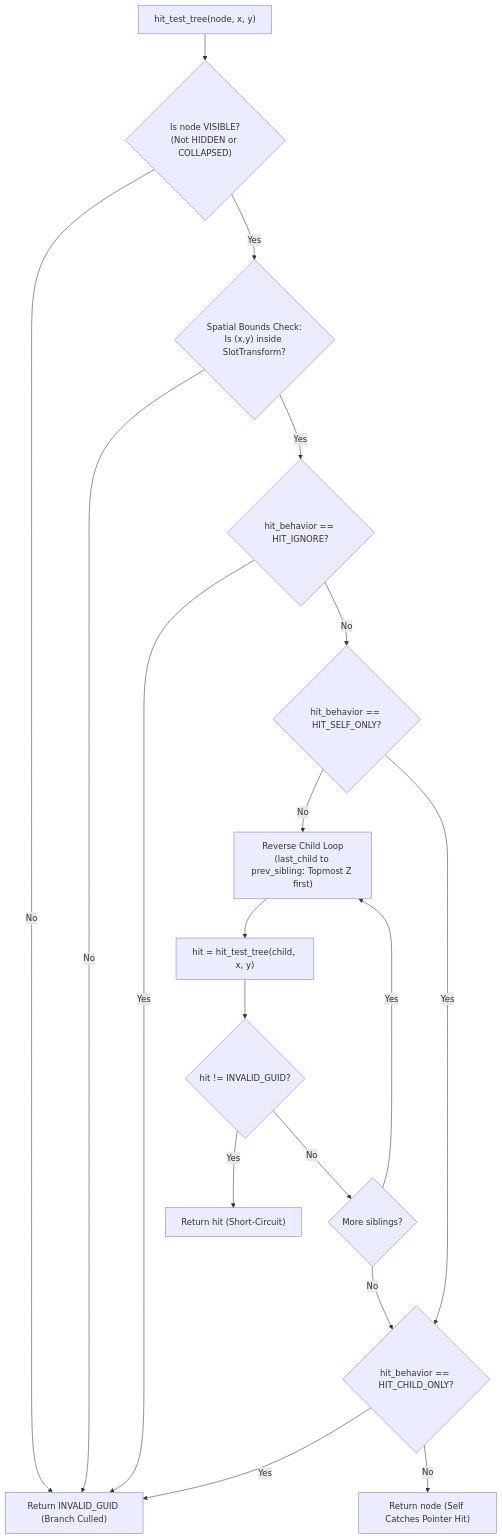
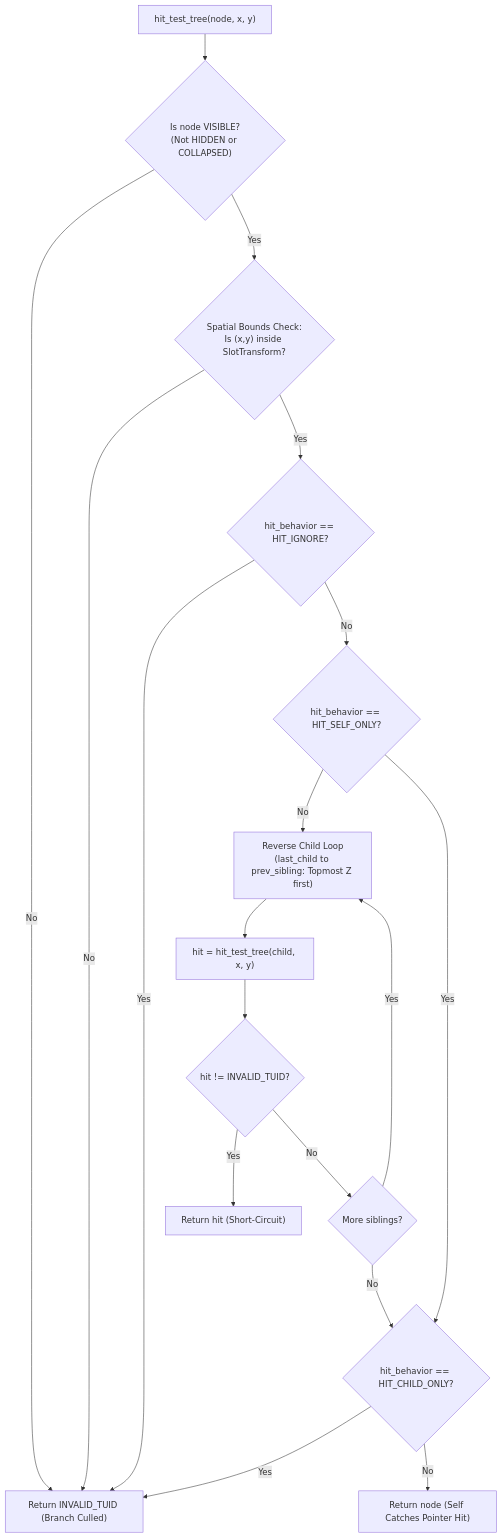
Before and after one commit to Yuvi-GD/Tether: the second of 2 diagrams in docs/technical/09_input_and_events.md, drawn with Mermaid. The commit also changed other lines of this file and 84 other files, not shown here.

Commit message:
refactor(core): rename Tether_GUID to TUID across codebase and documentation

````diff
--- a/docs/technical/09_input_and_events.md
+++ b/docs/technical/09_input_and_events.md
@@ -124,24 +124,24 @@
 ```mermaid
 flowchart TD
     Start["hit_test_tree(node, x, y)"] --> VisCheck{"Is node VISIBLE?\n(Not HIDDEN or COLLAPSED)"}
-    VisCheck -- No --> Reject["Return INVALID_GUID (Branch Culled)"]
+    VisCheck -- No --> Reject["Return INVALID_TUID (Branch Culled)"]
     VisCheck -- Yes --> BoundsCheck{"Spatial Bounds Check:\nIs (x,y) inside SlotTransform?"}
     
     BoundsCheck -- No --> Reject
     BoundsCheck -- Yes --> HitCheck{"hit_behavior == HIT_IGNORE?"}
     
     HitCheck -- Yes --> Reject
     HitCheck -- No --> CheckSelfOnly{"hit_behavior == HIT_SELF_ONLY?"}
     
     CheckSelfOnly -- No --> ChildLoop["Reverse Child Loop\n(last_child to prev_sibling: Topmost Z first)"]
     ChildLoop --> Recurse["hit = hit_test_tree(child, x, y)"]
-    Recurse --> ChildHit{"hit != INVALID_GUID?"}
+    Recurse --> ChildHit{"hit != INVALID_TUID?"}
     ChildHit -- Yes --> ReturnHit["Return hit (Short-Circuit)"]
     ChildHit -- No --> MoreChildren{"More siblings?"}
     MoreChildren -- Yes --> ChildLoop
     MoreChildren -- No --> SelfCheck
     
     CheckSelfOnly -- Yes --> SelfCheck{"hit_behavior == HIT_CHILD_ONLY?"}
     SelfCheck -- Yes --> Reject
     SelfCheck -- No --> ReturnSelf["Return node (Self Catches Pointer Hit)"]
 ```
````
